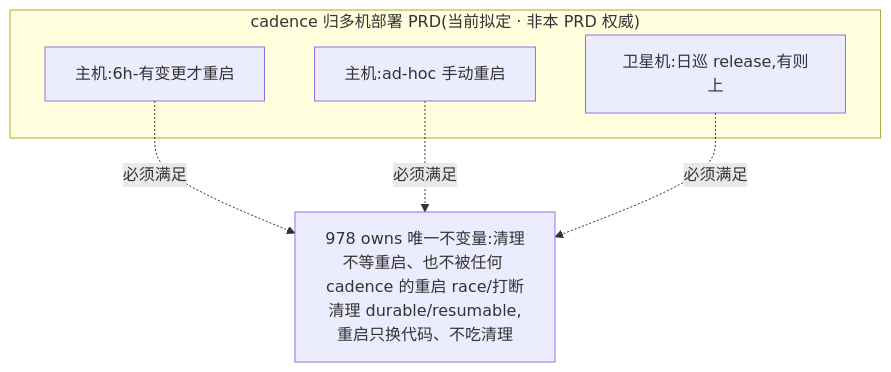
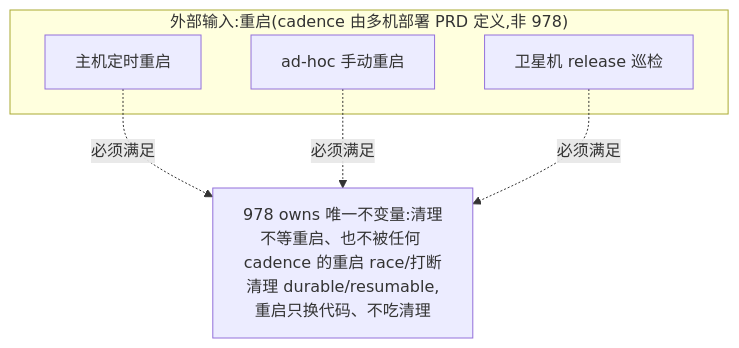
The third of 3 diagrams in product/doc/FLY-978-decouple-cleanup-restart/prd.md (xrliAnnie/flywheel-qa-sandbox), drawn with Mermaid before and after one commit. The commit also changed other lines of this file, not shown here.

````diff
--- a/product/doc/FLY-978-decouple-cleanup-restart/prd.md
+++ b/product/doc/FLY-978-decouple-cleanup-restart/prd.md
@@ -222,12 +261,12 @@
 ```mermaid
 flowchart TD
     INV[978 owns 唯一不变量:清理不等重启、也不被任何 cadence 的重启 race/打断<br/>清理 durable/resumable,重启只换代码、不吃清理]
-    subgraph cadence["cadence 归多机部署 PRD(当前拟定 · 非本 PRD 权威)"]
-      H1[主机:6h-有变更才重启]
-      H2[主机:ad-hoc 手动重启]
-      S1[卫星机:日巡 release,有则上]
+    subgraph ext["外部输入:重启(cadence 由多机部署 PRD 定义,非 978)"]
+      H1[主机定时重启]
+      H2[ad-hoc 手动重启]
+      S1[卫星机 release 巡检]
     end
     H1 -.必须满足.-> INV
     H2 -.必须满足.-> INV
     S1 -.必须满足.-> INV
 ```
````
